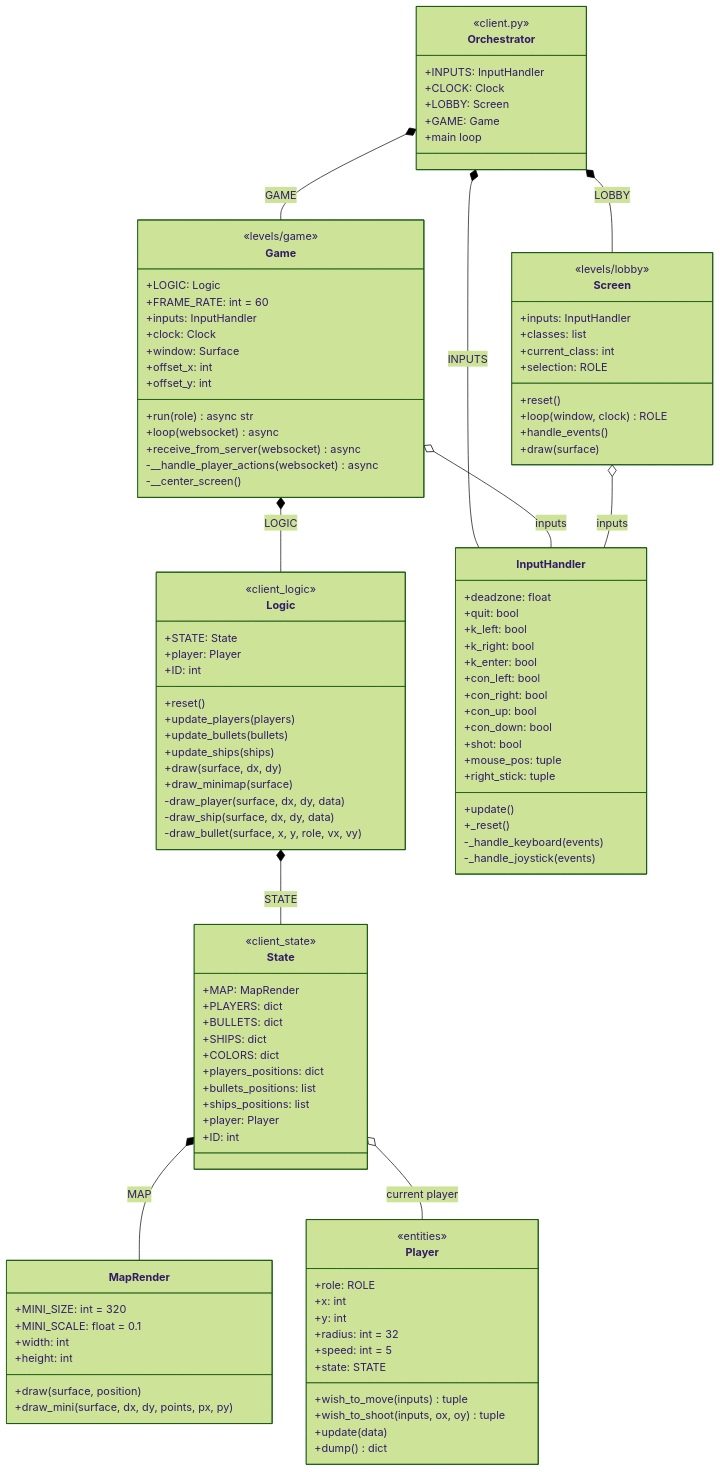
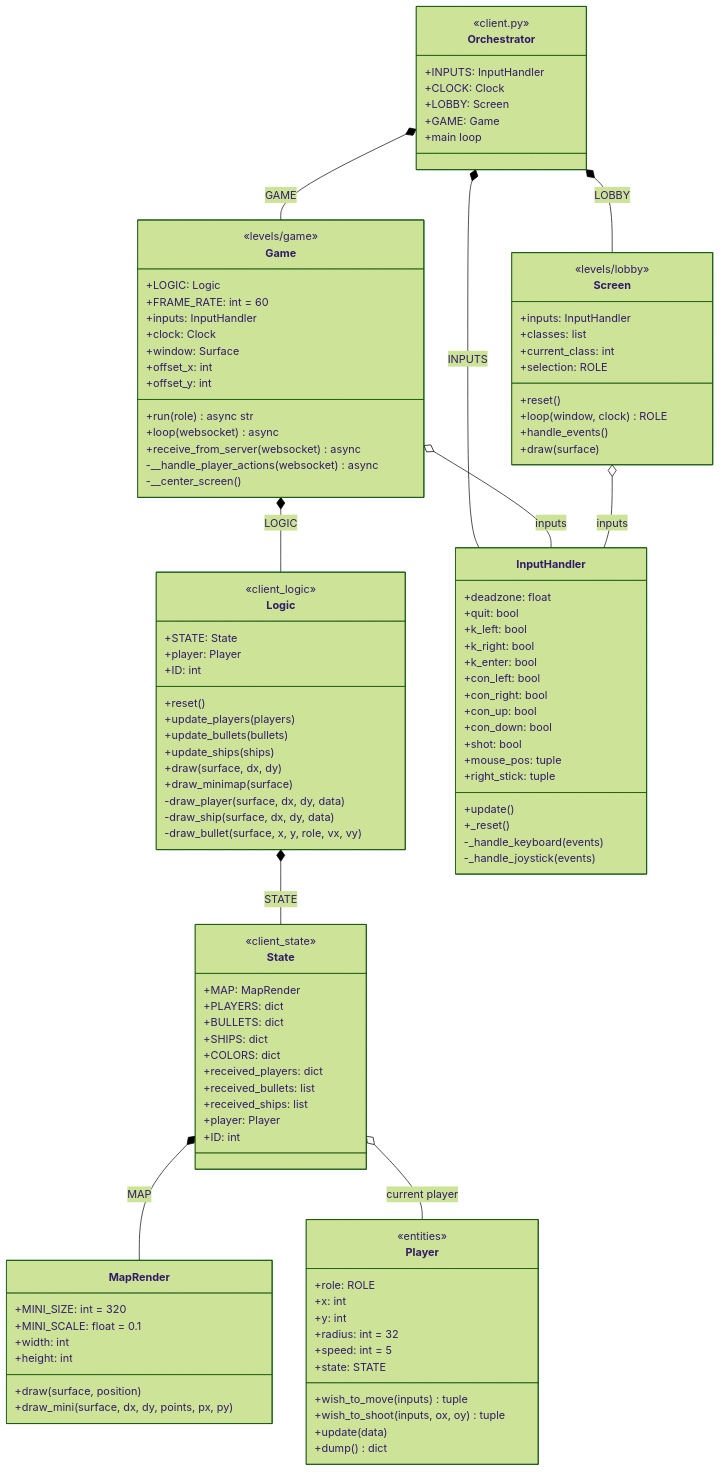
The third of 5 diagrams in docs/diagramas/clases.md (Aouei/pygame_multi), drawn with Mermaid (forest theme) before and after one commit. The commit also changed 6 other files, not shown here.

```diff
--- a/docs/diagramas/clases.md
+++ b/docs/diagramas/clases.md
@@ -236,9 +236,9 @@
         +BULLETS: dict
         +SHIPS: dict
         +COLORS: dict
-        +players_positions: dict
-        +bullets_positions: list
-        +ships_positions: list
+        +received_players: dict
+        +received_bullets: list
+        +received_ships: list
         +player: Player
         +ID: int
     }
```
